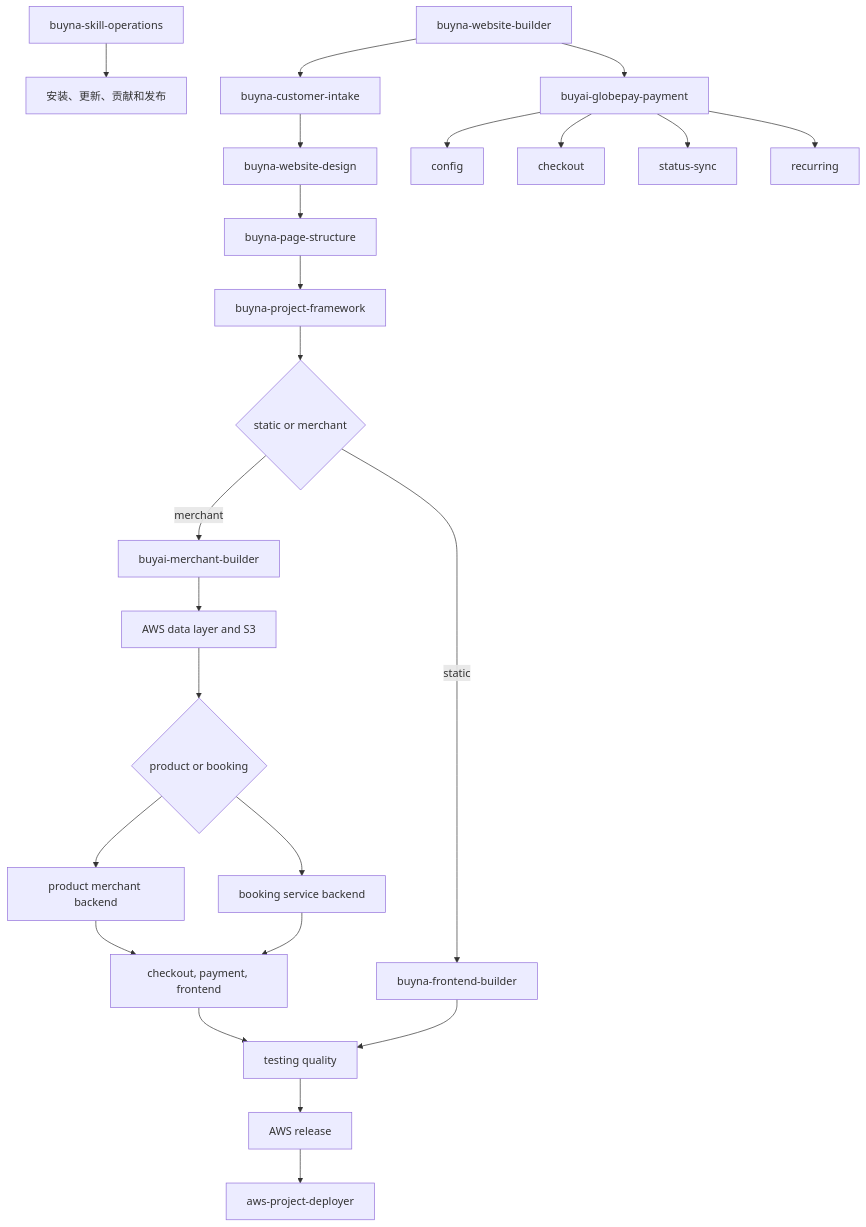
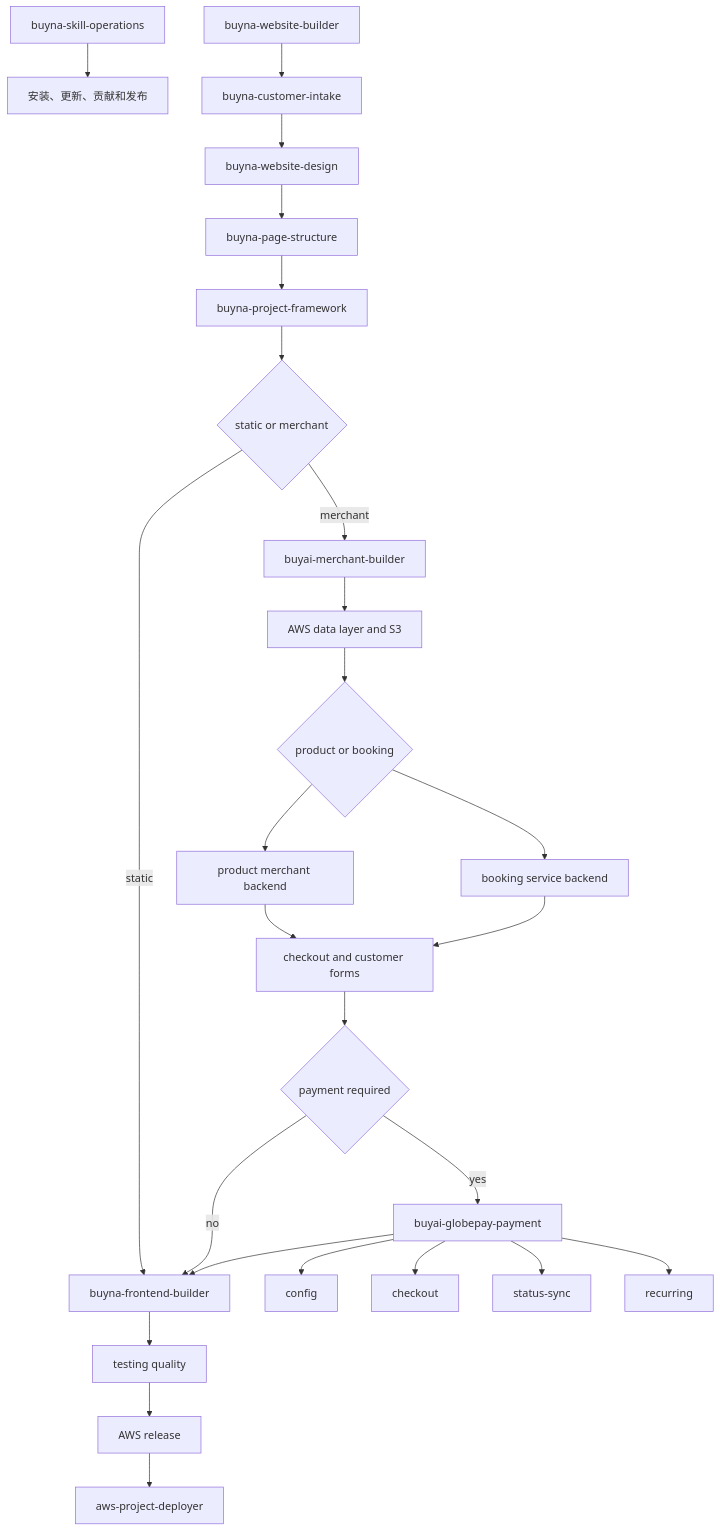
Before and after one commit to Kaku-shiko/buyna-agent-skills: the diagram in docs/OPERATIONS_MANUAL.md, drawn with Mermaid. The commit also changed other lines of this file and 4 other files, not shown here.

````diff
--- a/docs/OPERATIONS_MANUAL.md
+++ b/docs/OPERATIONS_MANUAL.md
@@ -50,26 +50,28 @@
 ```mermaid
 flowchart TD
     O[buyna-skill-operations] --> I[安装、更新、贡献和发布]
     B[buyna-website-builder] --> C[buyna-customer-intake]
     C --> D[buyna-website-design]
     D --> P[buyna-page-structure]
     P --> K[buyna-project-framework]
     K --> X{static or merchant}
     X -->|static| F[buyna-frontend-builder]
     X -->|merchant| M[buyai-merchant-builder]
     M --> DB[AWS data layer and S3]
     DB --> Q{product or booking}
     Q --> MP[product merchant backend]
     Q --> MB[booking service backend]
-    MP --> UX[checkout, payment, frontend]
+    MP --> UX[checkout and customer forms]
     MB --> UX
-    UX --> T[testing quality]
-    F --> T
+    UX --> Y{payment required}
+    Y -->|yes| G[buyai-globepay-payment]
+    Y -->|no| F
+    G --> F
+    F --> T[testing quality]
     T --> R[AWS release]
     R --> A[aws-project-deployer]
-    B --> G[buyai-globepay-payment]
     G --> GC[config]
     G --> GO[checkout]
     G --> GS[status-sync]
     G --> GR[recurring]
 ```
````
